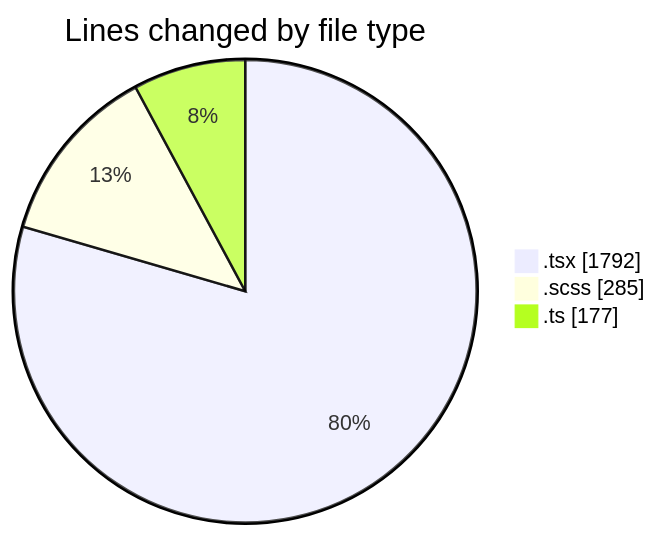
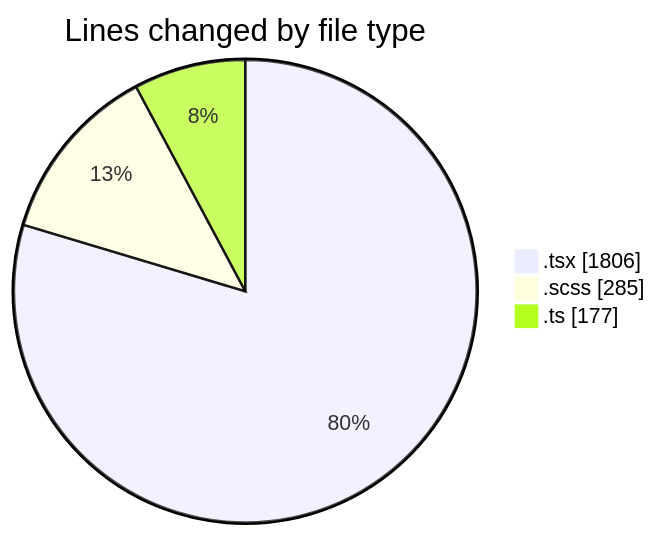
The first of 2 diagrams in 2026-02-25/cda/README.md (momahboobian/code-tracking), drawn with Mermaid before and after one commit. The commit also changed other lines of this file and 1 other file, not shown here.

````diff
--- a/2026-02-25/cda/README.md
+++ b/2026-02-25/cda/README.md
@@ -24,7 +24,7 @@
 ```mermaid
 pie showData
 title Lines changed by file type
-".tsx" : 1792
+".tsx" : 1806
 ".scss" : 285
 ".ts" : 177
 ```
````
